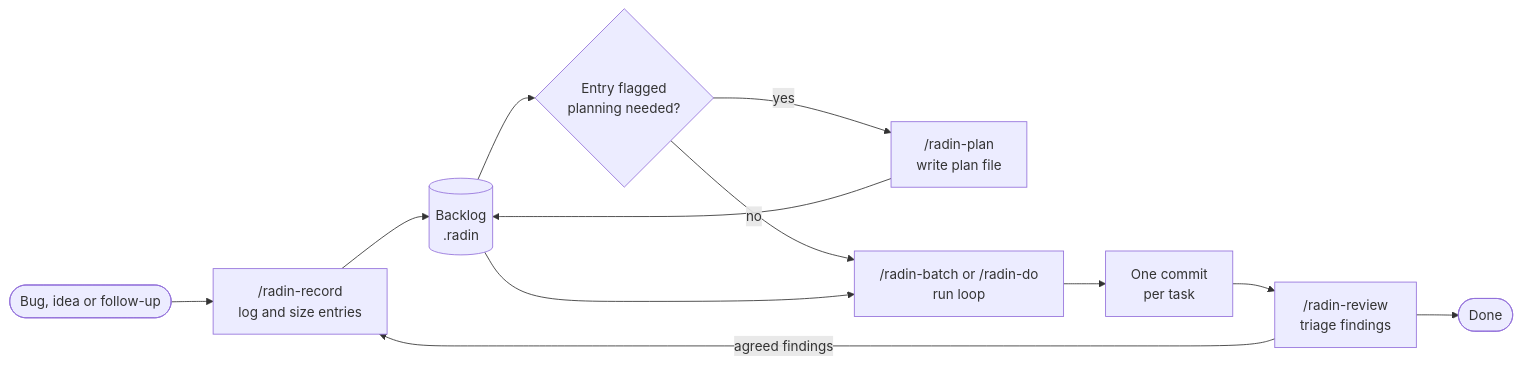
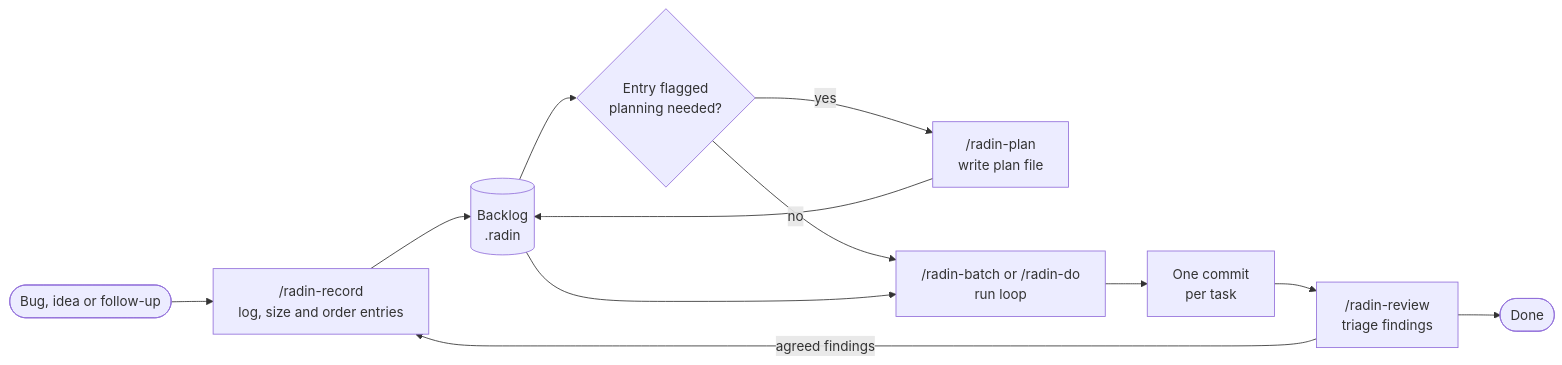
One commit to shortcuts/radin changed the diagram in docs/agents/lifecycle/skills.mmd. Above: the diagram before and after it, drawn with Mermaid. The commit also changed 12 other files, not shown here.

```diff
--- a/docs/agents/lifecycle/skills.mmd
+++ b/docs/agents/lifecycle/skills.mmd
@@ -1,12 +1,12 @@
 flowchart LR
-  idea([Bug, idea or follow-up]) --> record["/radin-record<br/>log and size entries"]
+  idea([Bug, idea or follow-up]) --> record["/radin-record<br/>log, size and order entries"]
   record --> backlog[(Backlog<br/>.radin)]
   backlog --> flag{Entry flagged<br/>planning needed?}
   flag -- yes --> plan["/radin-plan<br/>write plan file"]
   plan --> backlog
   flag -- no --> run
   backlog --> run["/radin-batch or /radin-do<br/>run loop"]
   run --> commits[One commit<br/>per task]
   commits --> review["/radin-review<br/>triage findings"]
   review -- agreed findings --> record
   review --> done([Done])
```
